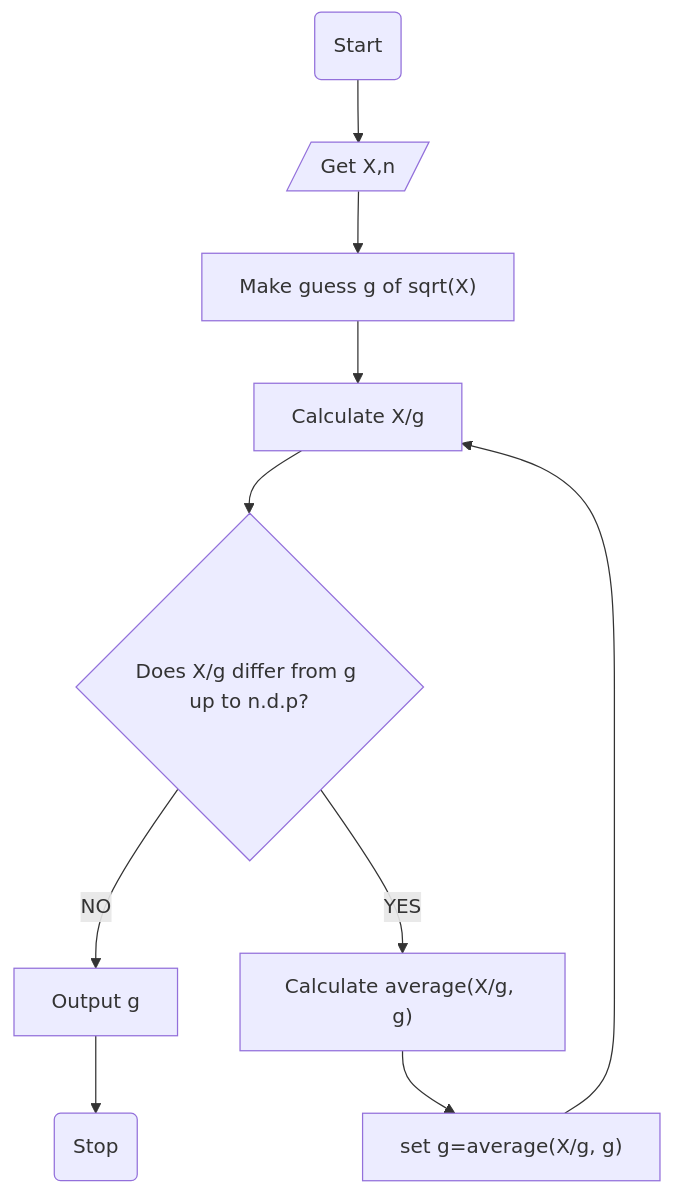
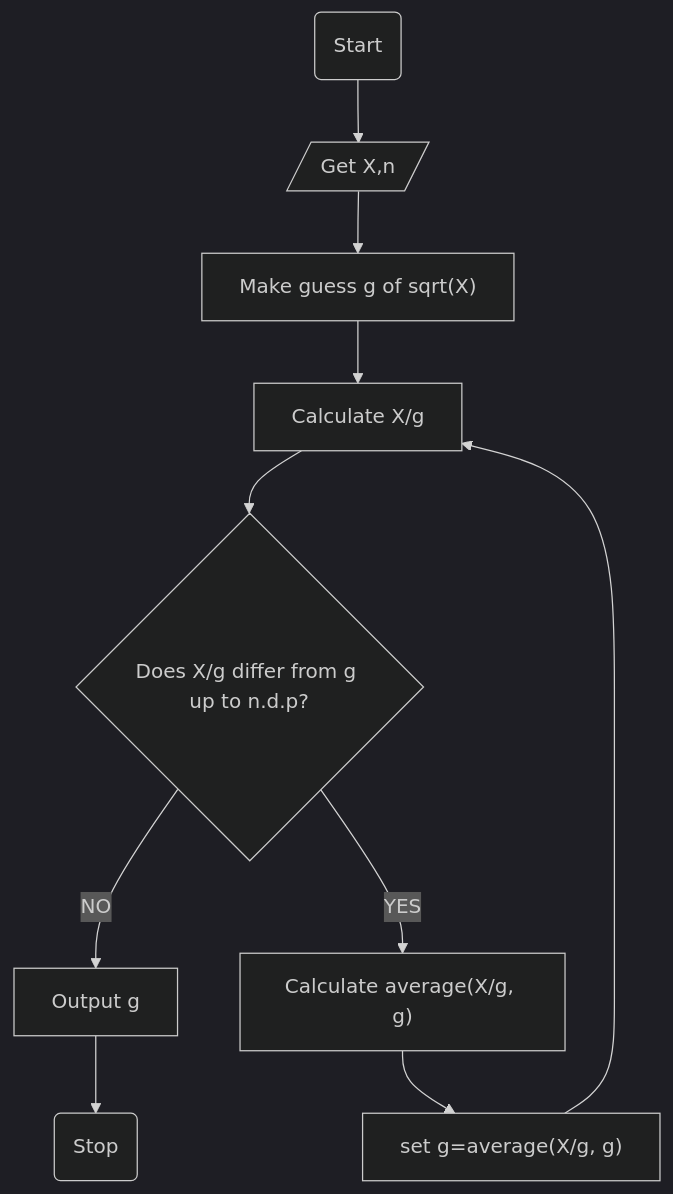
One commit to karimwitani/developer_journey changed the second of 2 diagrams in docs/source/uol/semester_2/algorithms_data_structures_1.md. Above: the diagram before and after it, drawn with Mermaid. The commit also changed other lines of this file, not shown here.

Commit message:
ADS1 - notes on topic 1, algorithms

````diff
--- a/docs/source/uol/semester_2/algorithms_data_structures_1.md
+++ b/docs/source/uol/semester_2/algorithms_data_structures_1.md
@@ -110,12 +111,13 @@
 ```mermaid
+    %%{init: { 'theme':'dark', 'sequence': {'useMaxWidth':false} } }%%
     flowchart TD
     id1(Start) --> id2[/Get X,n/]
     id2 --> id3["Make guess g of sqrt(X)"]
     id3 --> id4[Calculate X/g]
     id4 --> id5{Does X/g differ from g up to n.d.p?}
     id5 -- NO --> id6[Output g]
     id6 --> id7(Stop)
     id5 -- YES --> id8["Calculate average(X/g, g)"]
     id8 --> id9["set g=average(X/g, g)"]
     id9 --> id4
 ```
````
